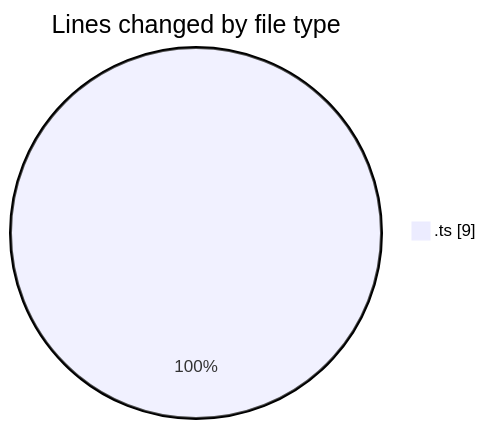
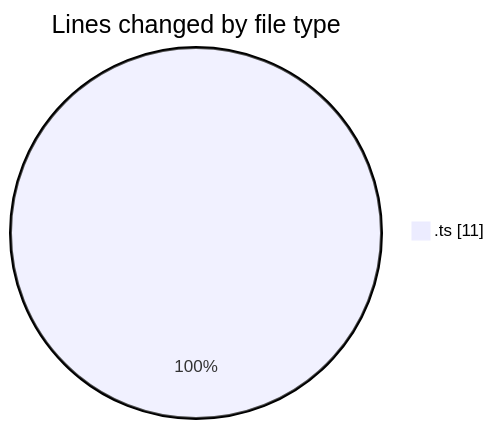
The first of 2 diagrams in 2025-07-29/cda/README.md (momahboobian/code-tracking), drawn with Mermaid before and after one commit. The commit also changed other lines of this file and 1 other file, not shown here.

````diff
--- a/2025-07-29/cda/README.md
+++ b/2025-07-29/cda/README.md
@@ -21,5 +21,5 @@
 ```mermaid
 pie showData
 title Lines changed by file type
-".ts" : 9
+".ts" : 11
 ```
````
